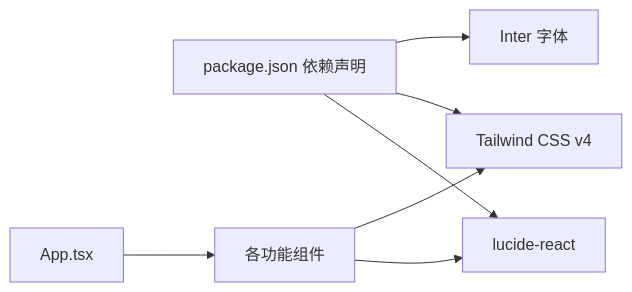
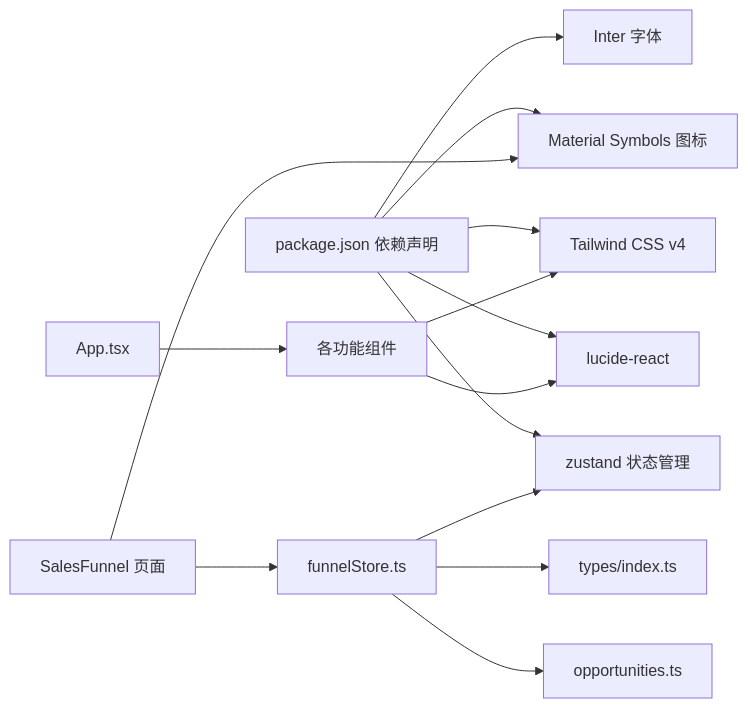
The third of 3 diagrams in .qoder/repowiki/zh/content/UI_UX设计/组件库规范/组件库规范.md (xianjianshenqu/SalesFlow-CRM), drawn with Mermaid before and after one commit. The commit also changed other lines of this file and 25 other files, not shown here.

````diff
--- a/.qoder/repowiki/zh/content/UI_UX设计/组件库规范/组件库规范.md
+++ b/.qoder/repowiki/zh/content/UI_UX设计/组件库规范/组件库规范.md
@@ -299,15 +351,28 @@
 ```mermaid
 graph LR
 PKG["package.json 依赖声明"]
 LUCIDE["lucide-react"]
 TW["Tailwind CSS v4"]
 INTER["Inter 字体"]
+ZUSTAND["zustand 状态管理"]
+MS["Material Symbols 图标"]
 APP["App.tsx"]
 CMPS["各功能组件"]
+PAGE["SalesFunnel 页面"]
+STORE["funnelStore.ts"]
+DATA["opportunities.ts"]
+TYPES["types/index.ts"]
 PKG --> LUCIDE
 PKG --> TW
 PKG --> INTER
+PKG --> ZUSTAND
+PKG --> MS
 APP --> CMPS
+PAGE --> STORE
+STORE --> ZUSTAND
+STORE --> DATA
+STORE --> TYPES
 CMPS --> LUCIDE
 CMPS --> TW
+PAGE --> MS
 ```
````
